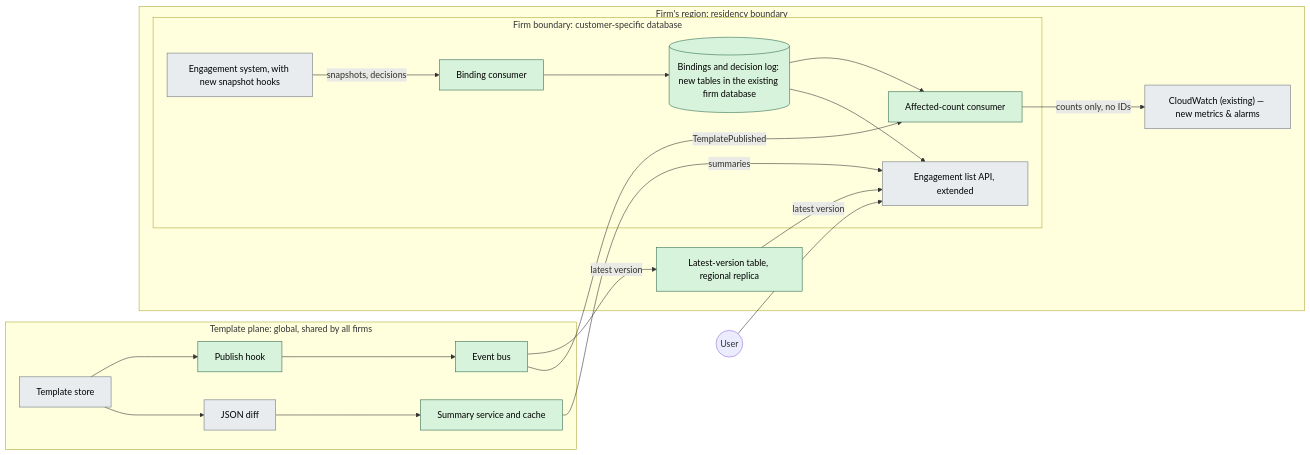
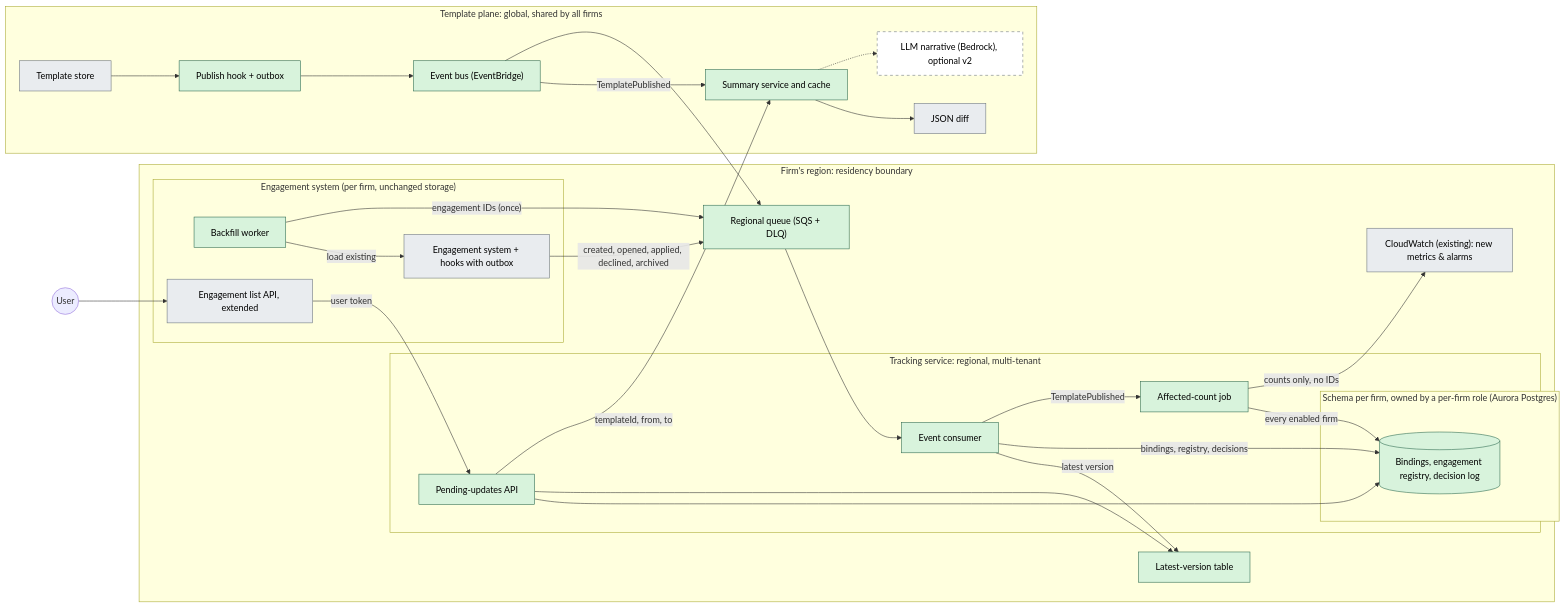
One commit to jrcastb/pending-template-updates changed the first of 2 diagrams in docs/diagrams.md. Above: the diagram before and after it, drawn with Mermaid. The commit also changed other lines of this file and 12 other files, not shown here.

````diff
--- a/docs/diagrams.md
+++ b/docs/diagrams.md
@@ -7,37 +8,56 @@
 ```mermaid
 flowchart LR
     subgraph TP["Template plane: global, shared by all firms"]
         TS["Template store"]:::existing
-        PH["Publish hook"]:::new
-        BUS["Event bus"]:::new
+        PH["Publish hook + outbox"]:::new
+        BUS["Event bus (EventBridge)"]:::new
+        SUM["Summary service and cache"]:::new
         DIFF["JSON diff"]:::existing
-        SUM["Summary service and cache"]:::new
+        LLM["LLM narrative (Bedrock), optional v2"]:::optional
         TS --> PH --> BUS
-        TS --> DIFF --> SUM
+        BUS -->|"TemplatePublished"| SUM
+        SUM --> DIFF
+        SUM -.-> LLM
     end
 
     subgraph REG["Firm's region: residency boundary"]
-        LT["Latest-version table, regional replica"]:::new
-        MET["CloudWatch (existing) — new metrics & alarms"]:::existing
-        subgraph FIRM["Firm boundary: customer-specific database"]
-            ES["Engagement system, with new snapshot hooks"]:::existing
-            BC["Binding consumer"]:::new
-            DB[("Bindings and decision log: new tables in the existing firm database")]:::new
-            AC["Affected-count consumer"]:::new
+        Q["Regional queue (SQS + DLQ)"]:::new
+        LT["Latest-version table"]:::new
+        MET["CloudWatch (existing): new metrics & alarms"]:::existing
+
+        subgraph TRK["Tracking service: regional, multi-tenant"]
+            BC["Event consumer"]:::new
+            AC["Affected-count job"]:::new
+            PAPI["Pending-updates API"]:::new
+            subgraph SCH["Schema per firm, owned by a per-firm role (Aurora Postgres)"]
+                DB[("Bindings, engagement registry, decision log")]:::new
+            end
+        end
+
+        subgraph FIRM["Engagement system (per firm, unchanged storage)"]
+            ES["Engagement system + hooks with outbox"]:::existing
+            BF["Backfill worker"]:::new
             API["Engagement list API, extended"]:::existing
-            ES -->|"snapshots, decisions"| BC --> DB
-            DB --> AC
-            DB --> API
         end
     end
 
     U(("User")) --> API
-    BUS -->|"latest version"| LT
-    BUS -->|"TemplatePublished"| AC
-    LT -->|"latest version"| API
-    SUM -->|"summaries"| API
+    BUS --> Q
+    ES -->|"created, opened, applied, declined, archived"| Q
+    BF -->|"load existing"| ES
+    BF -->|"engagement IDs (once)"| Q
+    Q --> BC
+    BC -->|"latest version"| LT
+    BC -->|"bindings, registry, decisions"| DB
+    BC -->|"TemplatePublished"| AC
+    AC -->|"every enabled firm"| DB
     AC -->|"counts only, no IDs"| MET
+    API -->|"user token"| PAPI
+    PAPI --> DB
+    PAPI --> LT
+    PAPI -->|"templateId, from, to"| SUM
 
     classDef new fill:#d8f3dc,stroke:#2d6a4f,color:#000
     classDef existing fill:#e9ecef,stroke:#6c757d,color:#000
+    classDef optional fill:#ffffff,stroke:#6c757d,stroke-dasharray:5 5,color:#000
 ```
````
